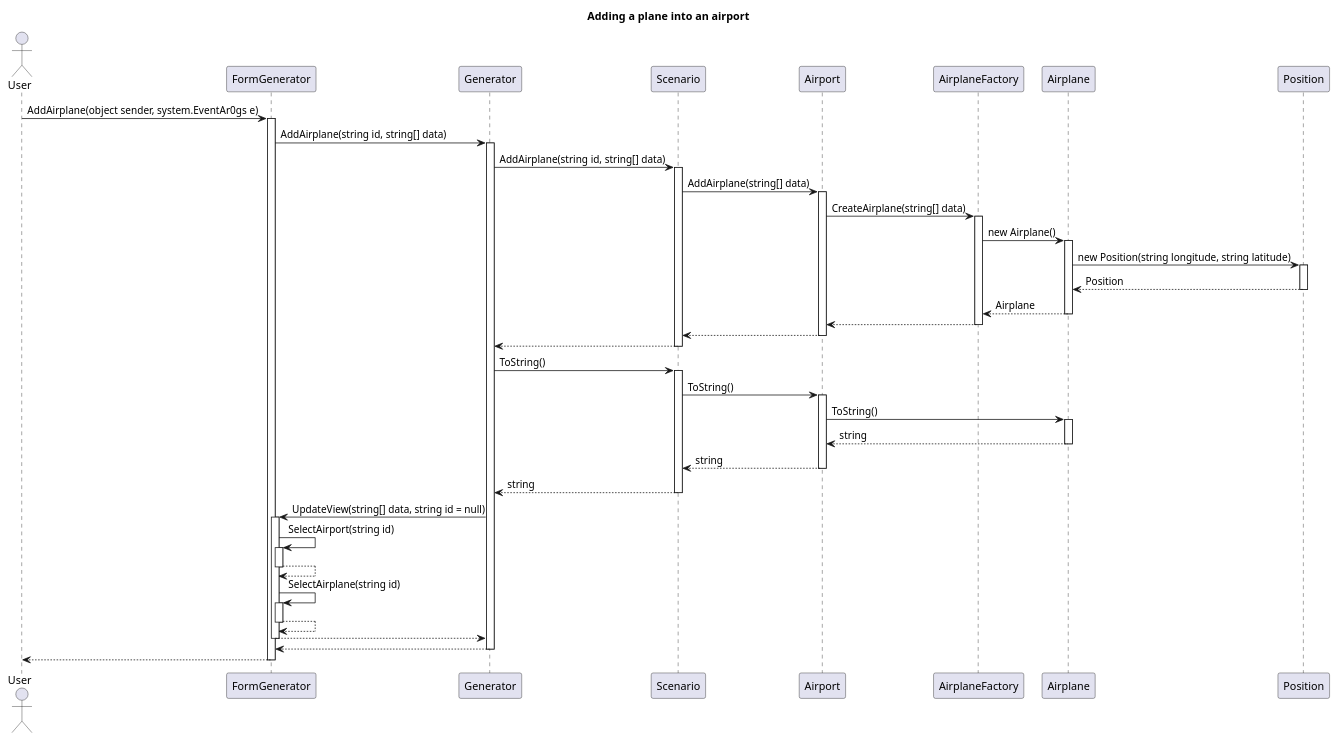
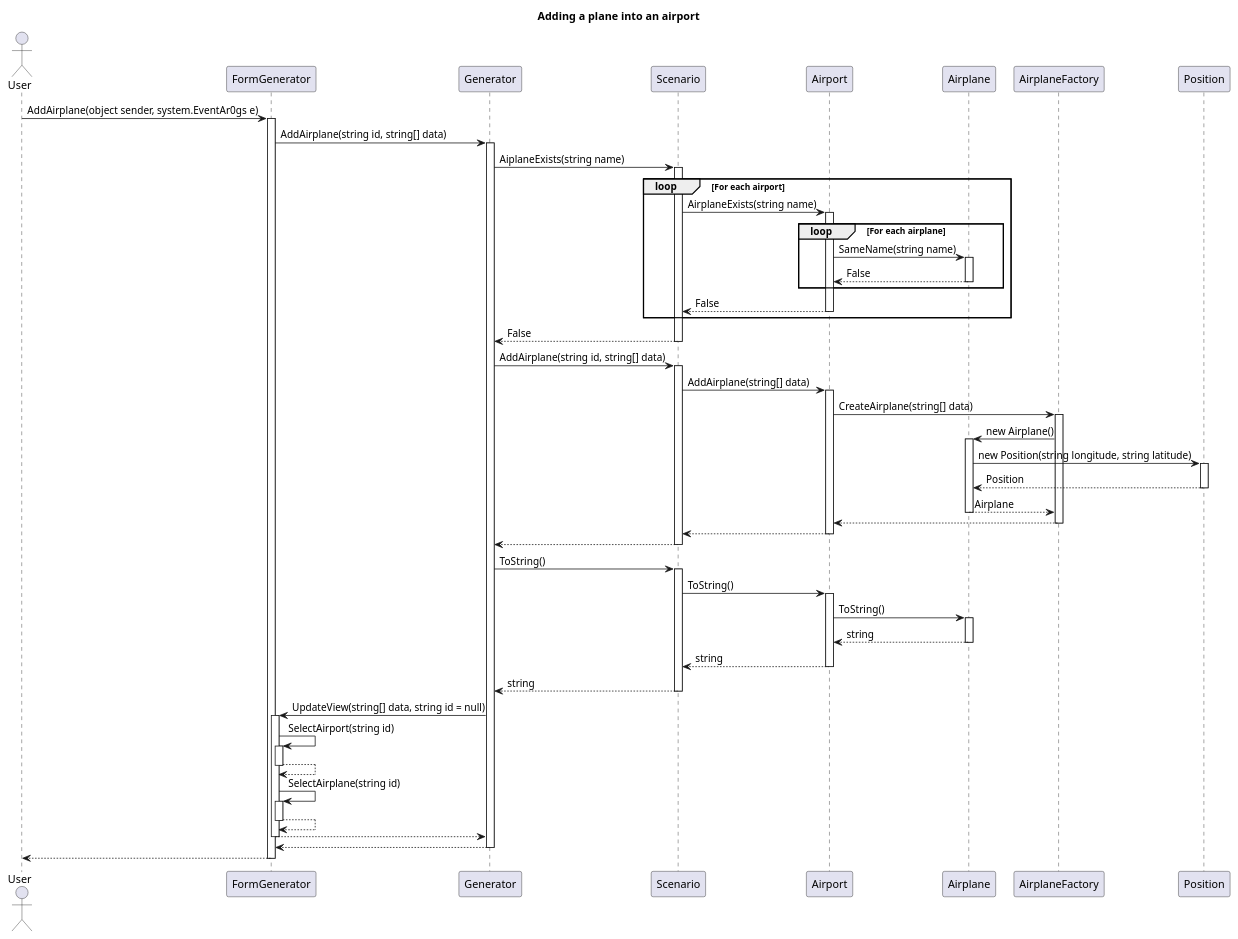
Before and after one commit to darkhappy/flightsim: the diagram in Documentation/Diagrams/Sequences/AddingPlaneToAirport.puml, drawn with PlantUML.

Commit message:
Adding plane sequence - Airplane exists

```diff
--- a/Documentation/Diagrams/Sequences/AddingPlaneToAirport.puml
+++ b/Documentation/Diagrams/Sequences/AddingPlaneToAirport.puml
@@ -1,45 +1,57 @@
 @startuml Adding plane to airport
 title Adding a plane into an airport
 
 actor User
 
-
+User -> FormGenerator ++: AddAirplane(object sender, system.EventAr0gs e)
+FormGenerator -> Generator ++: AddAirplane(string id, string[] data)
 
 'Do we need to check if the same airplane already exists ?
+Generator -> Scenario ++: AiplaneExists(string name)
 
+loop For each airport 
+    Scenario -> Airport ++: AirplaneExists(string name)
 
+    loop For each airplane 
+        Airport -> Airplane ++: SameName(string name)
+        return False
+    end
+
+    return False
+end
+
+return False
 
 'Add a new airplane to the model
-User -> FormGenerator ++: AddAirplane(object sender, system.EventAr0gs e)
-FormGenerator -> Generator ++: AddAirplane(string id, string[] data)
+
 Generator -> Scenario ++: AddAirplane(string id, string[] data)
 Scenario -> Airport ++: AddAirplane(string[] data)
 Airport -> AirplaneFactory ++: CreateAirplane(string[] data)
 AirplaneFactory -> Airplane ++: new Airplane()
 Airplane -> Position ++: new Position(string longitude, string latitude)
 return Position
 return Airplane
 return
 return
 return
 
 'Get the scenario's string serialized form
 Generator -> Scenario ++: ToString()
 Scenario -> Airport ++: ToString()
 Airport -> Airplane ++: ToString()
 return string
 return string
 return string
 
 'Update the form
 Generator -> FormGenerator ++: UpdateView(string[] data, string id = null)
 FormGenerator -> FormGenerator ++: SelectAirport(string id)
 return
 FormGenerator -> FormGenerator ++: SelectAirplane(string id)
 return
 return
 
 return
 return
 
 @enduml
```
